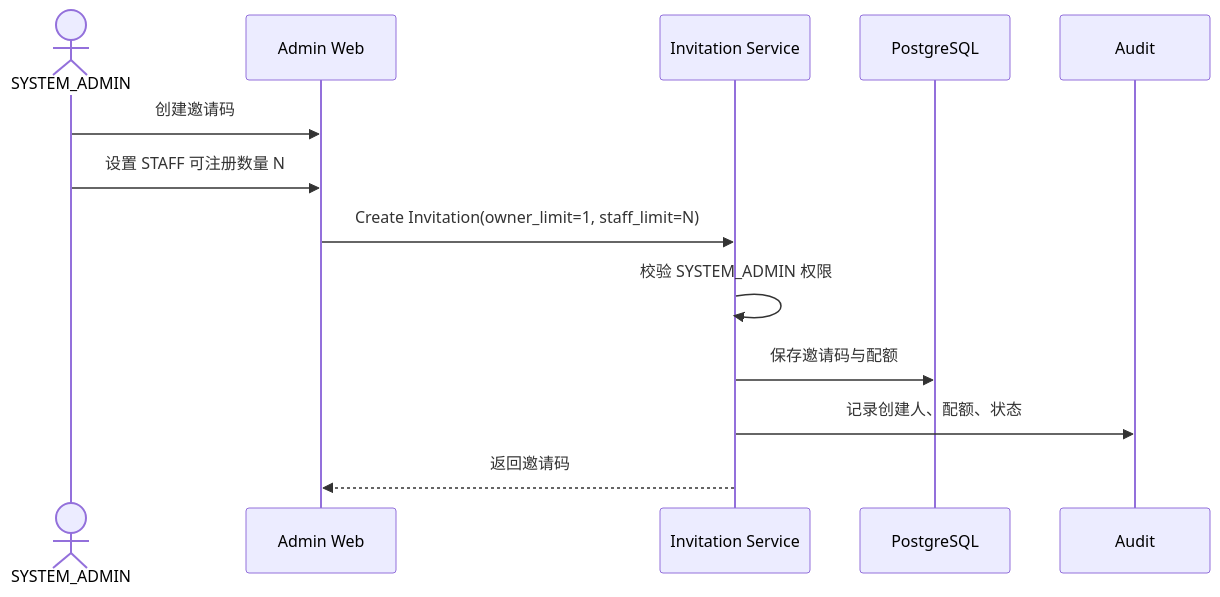
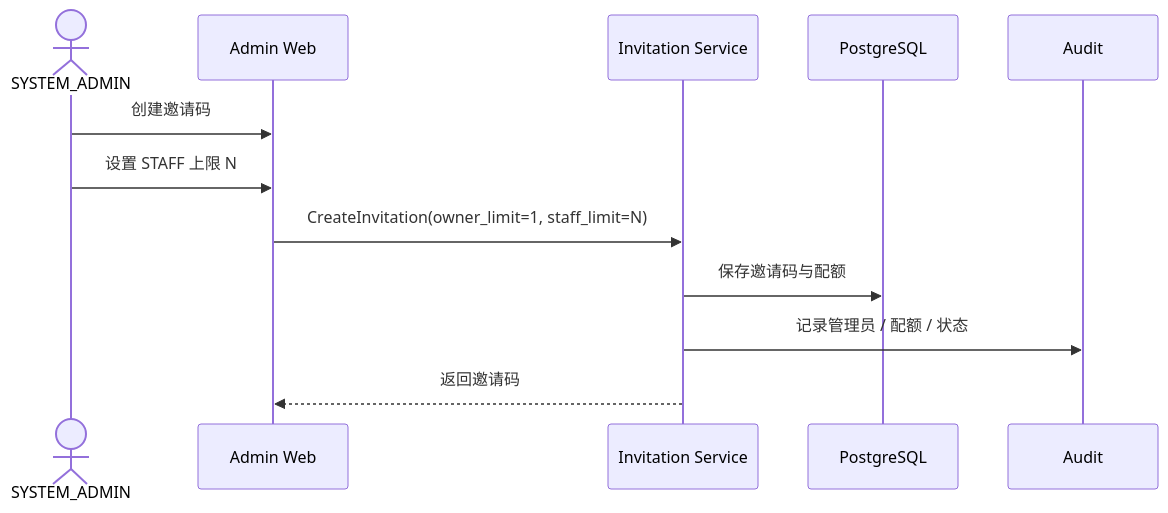
One commit to sxyq/mastergoods changed the first of 3 diagrams in docs/system-design/01-账户与身份/01-注册与邀请码.md. Above: the diagram before and after it, drawn with Mermaid. The commit also changed other lines of this file and 10 other files, not shown here.

````diff
--- a/docs/system-design/01-账户与身份/01-注册与邀请码.md
+++ b/docs/system-design/01-账户与身份/01-注册与邀请码.md
@@ -38,17 +16,15 @@
 ```mermaid
 sequenceDiagram
     actor SA as SYSTEM_ADMIN
     participant WEB as Admin Web
     participant INV as Invitation Service
     participant DB as PostgreSQL
     participant AUDIT as Audit
 
     SA->>WEB: 创建邀请码
-    SA->>WEB: 设置 STAFF 可注册数量 N
-    WEB->>INV: Create Invitation(owner_limit=1, staff_limit=N)
-
-    INV->>INV: 校验 SYSTEM_ADMIN 权限
+    SA->>WEB: 设置 STAFF 上限 N
+    WEB->>INV: CreateInvitation(owner_limit=1, staff_limit=N)
     INV->>DB: 保存邀请码与配额
-    INV->>AUDIT: 记录创建人、配额、状态
+    INV->>AUDIT: 记录管理员 / 配额 / 状态
     INV-->>WEB: 返回邀请码
 ```
````
